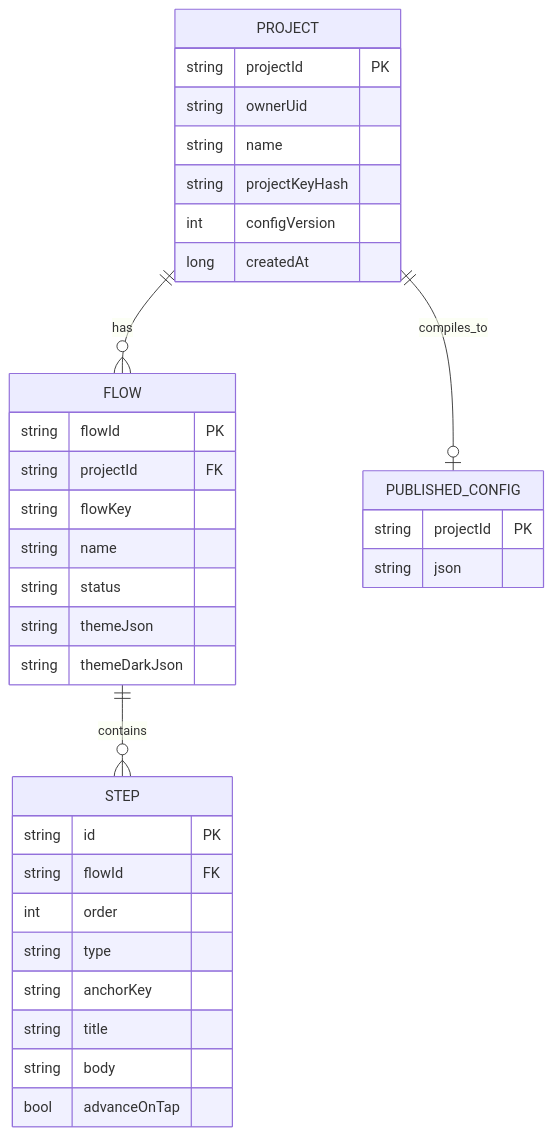
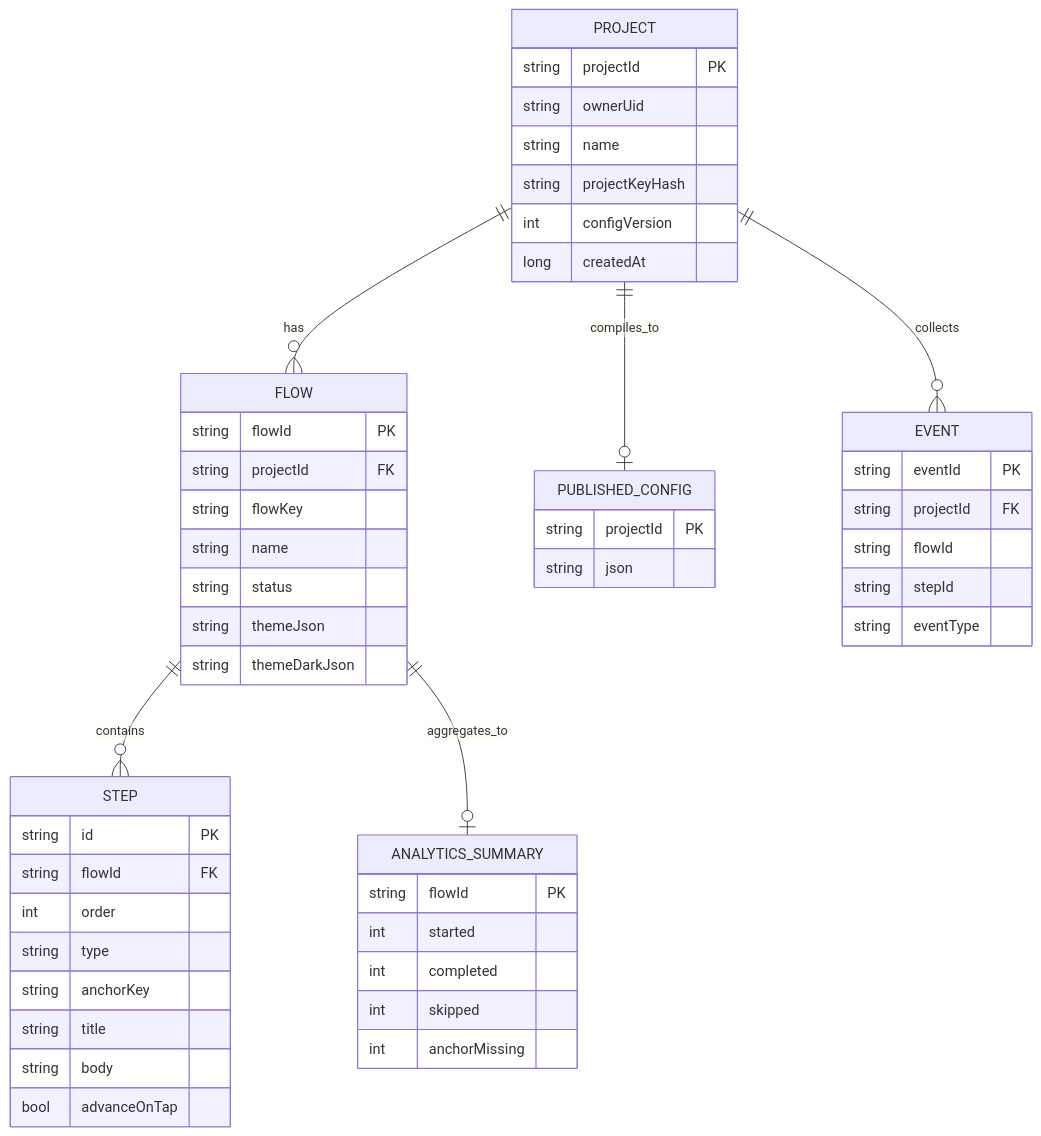
Before and after one commit to RotemBar18/GuideFlow: the second of 2 diagrams in README.md, drawn with Mermaid. The commit also changed other lines of this file, not shown here.

Commit message:
README: add analytics to ERD/DB + architecture, clarify hosted vs local run, detail tests

````diff
--- a/README.md
+++ b/README.md
@@ -250,38 +258,54 @@
 ```mermaid
 erDiagram
     PROJECT ||--o{ FLOW : has
     FLOW ||--o{ STEP : contains
     PROJECT ||--o| PUBLISHED_CONFIG : compiles_to
+    PROJECT ||--o{ EVENT : collects
+    FLOW ||--o| ANALYTICS_SUMMARY : aggregates_to
 
     PROJECT {
         string projectId PK
         string ownerUid
         string name
         string projectKeyHash
         int configVersion
         long createdAt
     }
     FLOW {
         string flowId PK
         string projectId FK
         string flowKey
         string name
         string status
         string themeJson
         string themeDarkJson
     }
     STEP {
         string id PK
         string flowId FK
         int order
         string type
         string anchorKey
         string title
         string body
         bool advanceOnTap
     }
     PUBLISHED_CONFIG {
         string projectId PK
         string json
     }
+    EVENT {
+        string eventId PK
+        string projectId FK
+        string flowId
+        string stepId
+        string eventType
+    }
+    ANALYTICS_SUMMARY {
+        string flowId PK
+        int started
+        int completed
+        int skipped
+        int anchorMissing
+    }
 ```
````
